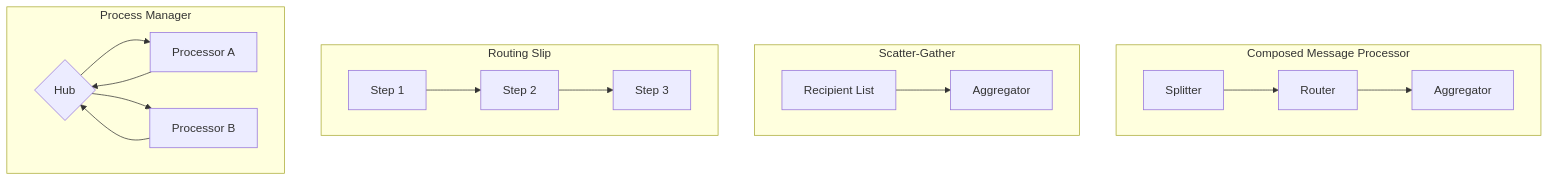
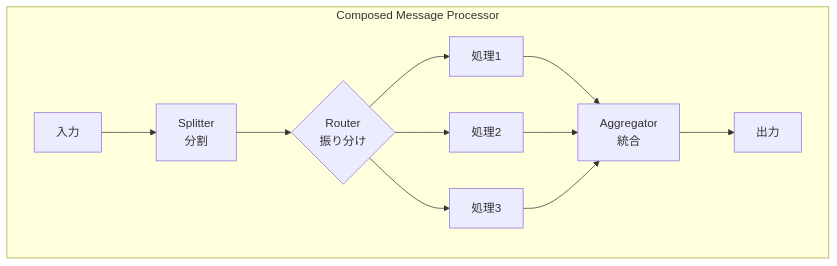
One commit to tomoikey/quartz changed the fourth of 9 diagrams in content/programming/reactive_messaging_pattern/composed-routers/index.md. Above: the diagram before and after it, drawn with Mermaid. The commit also changed other lines of this file and 18 other files, not shown here.

````diff
--- a/content/programming/reactive_messaging_pattern/composed-routers/index.md
+++ b/content/programming/reactive_messaging_pattern/composed-routers/index.md
@@ -17,21 +74,14 @@
 ```mermaid
 graph TB
     subgraph "Composed Message Processor"
-        CMP_SP[Splitter] --> CMP_R[Router] --> CMP_AG[Aggregator]
-    end
-
-    subgraph "Scatter-Gather"
-        SG_RL[Recipient List] --> SG_AG[Aggregator]
-    end
-
-    subgraph "Routing Slip"
-        RS_S1[Step 1] --> RS_S2[Step 2] --> RS_S3[Step 3]
-    end
-
-    subgraph "Process Manager"
-        PM_HUB{Hub} --> PM_A[Processor A]
-        PM_HUB --> PM_B[Processor B]
-        PM_A --> PM_HUB
-        PM_B --> PM_HUB
+        CMP_IN[入力] --> CMP_SP[Splitter<br/>分割]
+        CMP_SP --> CMP_R{Router<br/>振り分け}
+        CMP_R --> CMP_P1[処理1]
+        CMP_R --> CMP_P2[処理2]
+        CMP_R --> CMP_P3[処理3]
+        CMP_P1 --> CMP_AG[Aggregator<br/>統合]
+        CMP_P2 --> CMP_AG
+        CMP_P3 --> CMP_AG
+        CMP_AG --> CMP_OUT[出力]
     end
 ```
````
